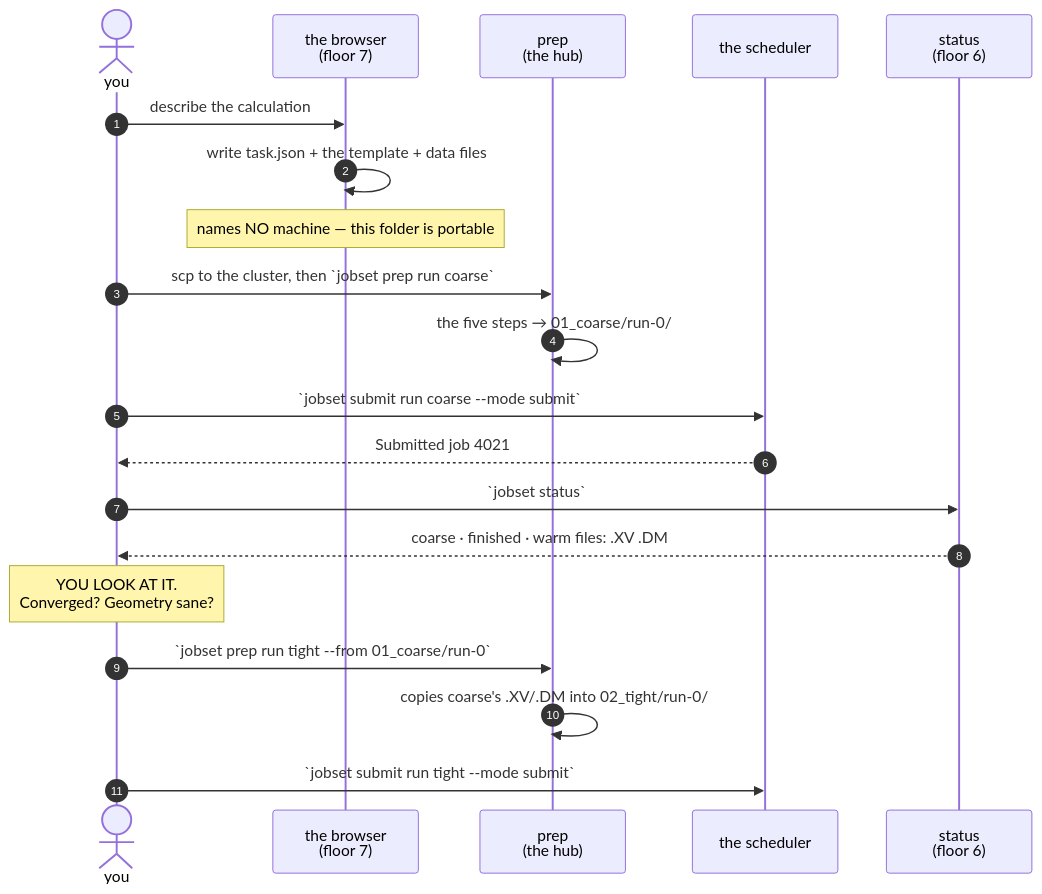
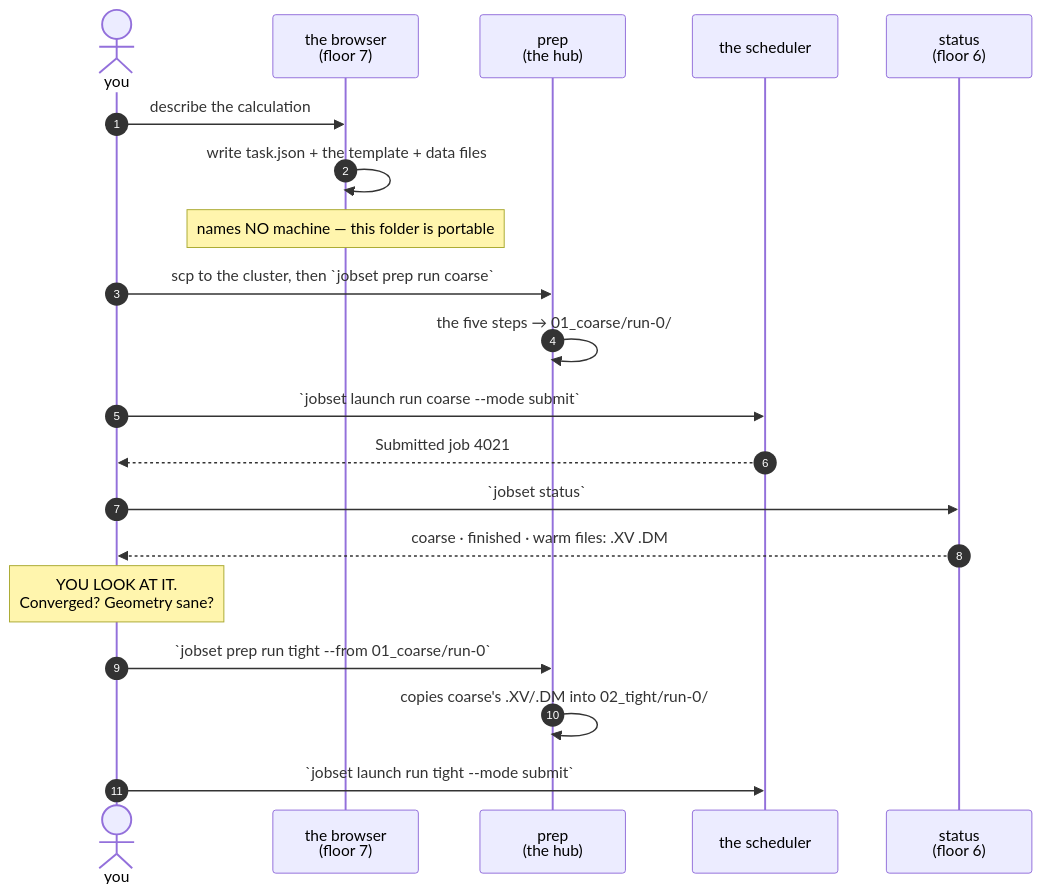
Before and after one commit to Qing-LAB/molbuilder: the fifth of 9 diagrams in docs/execution/architecture.md, drawn with Mermaid. The commit also changed other lines of this file and 37 other files, not shown here.

First line of the commit message:
refactor(cli)!: `jobset submit` -> `jobset launch` -- the verb stops naming one of its modes

````diff
--- a/docs/execution/architecture.md
+++ b/docs/execution/architecture.md
@@ -551,23 +551,23 @@
 ```mermaid
 sequenceDiagram
     autonumber
     actor U as you
     participant B as the browser<br/>(floor 7)
     participant P as prep<br/>(the hub)
     participant S as the scheduler
     participant O as status<br/>(floor 6)
 
     U->>B: describe the calculation
     B->>B: write task.json + the template + data files
     Note over B: names NO machine — this folder is portable
     U->>P: scp to the cluster, then `jobset prep run coarse`
     P->>P: the five steps → 01_coarse/run-0/
-    U->>S: `jobset submit run coarse --mode submit`
+    U->>S: `jobset launch run coarse --mode submit`
     S-->>U: Submitted job 4021
     U->>O: `jobset status`
     O-->>U: coarse · finished · warm files: .XV .DM
     Note over U: YOU LOOK AT IT.<br/>Converged? Geometry sane?
     U->>P: `jobset prep run tight --from 01_coarse/run-0`
     P->>P: copies coarse's .XV/.DM into 02_tight/run-0/
-    U->>S: `jobset submit run tight --mode submit`
+    U->>S: `jobset launch run tight --mode submit`
 ```
````
